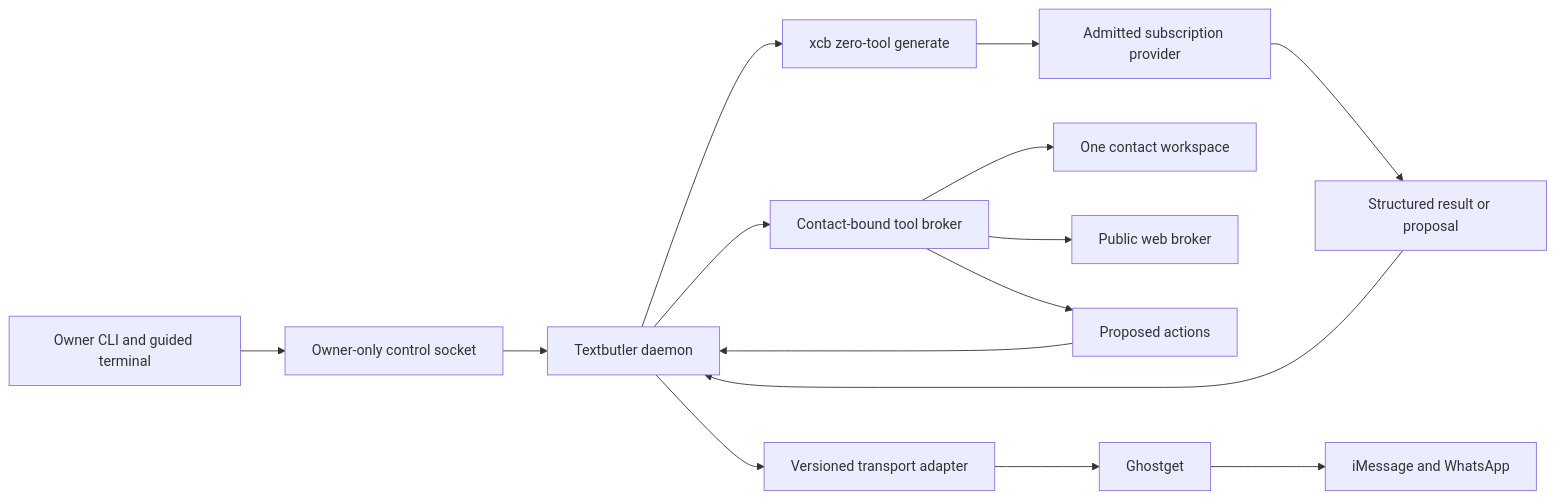
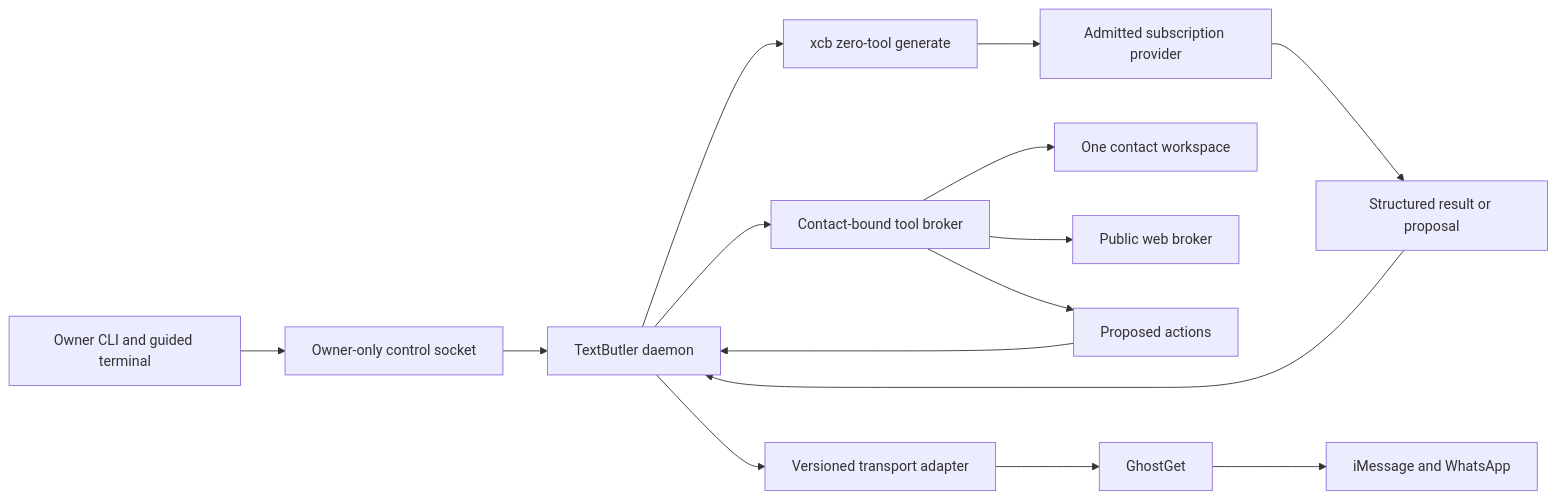
Before and after one commit to hraness/message-like-me: the diagram in docs/textbutler/architecture.md, drawn with Mermaid. The commit also changed other lines of this file and 111 other files, not shown here.

First line of the commit message:
Spell the product TextButler and sibling names on public surfaces (#263)

````diff
--- a/docs/textbutler/architecture.md
+++ b/docs/textbutler/architecture.md
@@ -9,17 +9,17 @@
 ```mermaid
 flowchart LR
   Cli[Owner CLI and guided terminal] --> Control[Owner-only control socket]
-  Control --> Butler[Textbutler daemon]
+  Control --> Butler[TextButler daemon]
   Butler --> Xcb[xcb zero-tool generate]
   Xcb --> Provider[Admitted subscription provider]
   Provider --> Proposal[Structured result or proposal]
   Proposal --> Butler
   Butler --> Tools[Contact-bound tool broker]
   Tools --> Memory[One contact workspace]
   Tools --> Web[Public web broker]
   Tools --> Intents[Proposed actions]
   Intents --> Butler
   Butler --> Transport[Versioned transport adapter]
-  Transport --> Ghostget[Ghostget]
-  Ghostget --> Messages[iMessage and WhatsApp]
+  Transport --> GhostGet[GhostGet]
+  GhostGet --> Messages[iMessage and WhatsApp]
 ```
````
